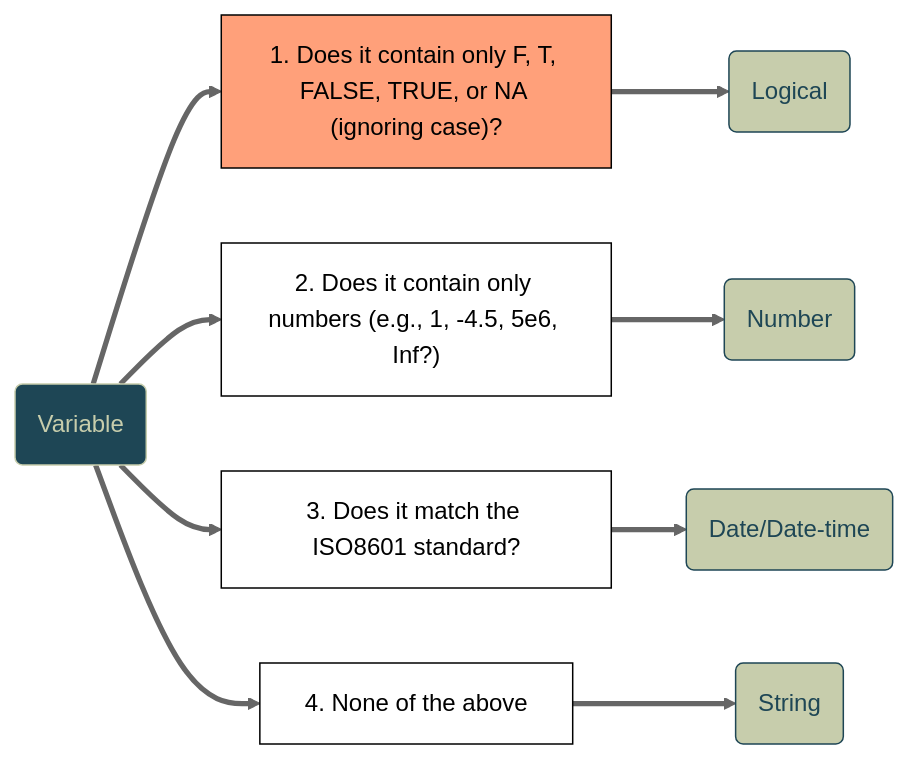
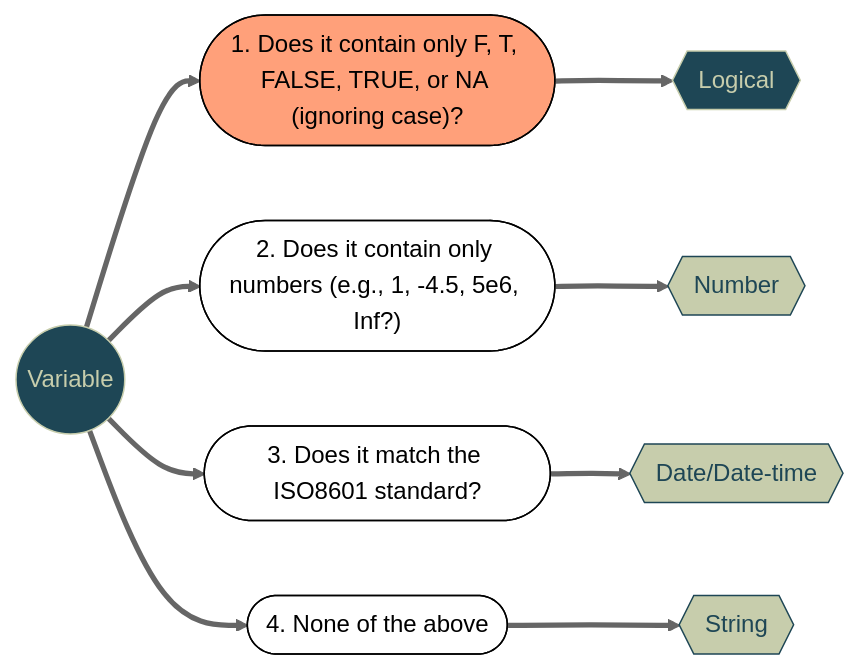
The second of 5 diagrams in Lectures/Lecture4/CSSS508_Lecture4.qmd (vsass/CSSS508), drawn with Mermaid (neutral theme) before and after one commit. The commit also changed other lines of this file and 21 other files, not shown here.

````diff
--- a/Lectures/Lecture4/CSSS508_Lecture4.qmd
+++ b/Lectures/Lecture4/CSSS508_Lecture4.qmd
@@ -380,21 +382,21 @@
 ```{mermaid}
 %%| echo: false
 %%| fig-width: 11
 %%| fig-height: 5.5
 %%| fig-align: center
 flowchart LR
-    id1(Variable)==>A["1. Does it contain only F, T, FALSE, TRUE, or NA (ignoring case)?"]==>id2(Logical)
-    id1(Variable)==>B["2. Does it contain only numbers (e.g., 1, -4.5, 5e6, Inf?)"]==>id3(Number)
-    id1(Variable)==>C["3. Does it match the ISO8601 standard?"]==>id4(Date/Date-time)
-    id1(Variable)==>D["4. None of the above"]==>id5(String)
+    id1((Variable))==>A(["1. Does it contain only F, T, FALSE, TRUE, or NA (ignoring case)?"])==>id2{{Logical}}
+    id1((Variable))==>B(["2. Does it contain only numbers (e.g., 1, -4.5, 5e6, Inf?)"])==>id3{{Number}}
+    id1((Variable))==>C(["3. Does it match the ISO8601 standard?"])==>id4{{Date/Date-time}}
+    id1((Variable))==>D(["4. None of the above"])==>id5{{String}}
     style id1 fill:#1e4655,color:#c7cdac,stroke:#c7cdac
-    style id2 fill:#c7cdac,color:#1e4655,stroke:#1e4655
+    style id2 fill:#1e4655,color:#c7cdac,stroke:#c7cdac
     style id3 fill:#c7cdac,color:#1e4655,stroke:#1e4655
     style id4 fill:#c7cdac,color:#1e4655,stroke:#1e4655
     style id5 fill:#c7cdac,color:#1e4655,stroke:#1e4655
     style A fill:#ffa07a,color:#000000,stroke:#000000
     style B fill:#FFFFFF,color:#000000,stroke:#000000
     style C fill:#FFFFFF,color:#000000,stroke:#000000
     style D fill:#FFFFFF,color:#000000,stroke:#000000
 
 ```
````
